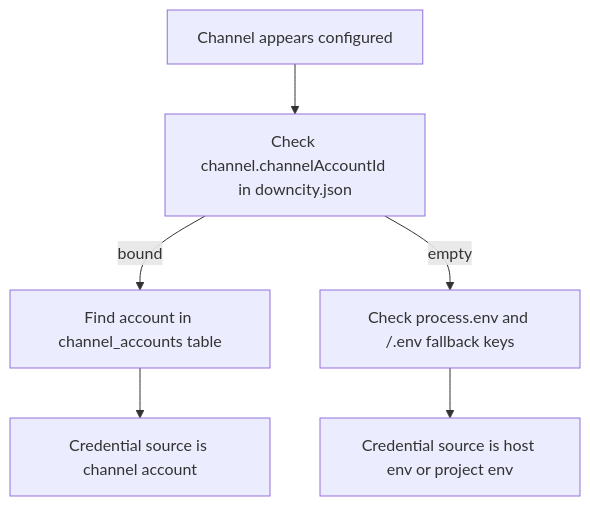
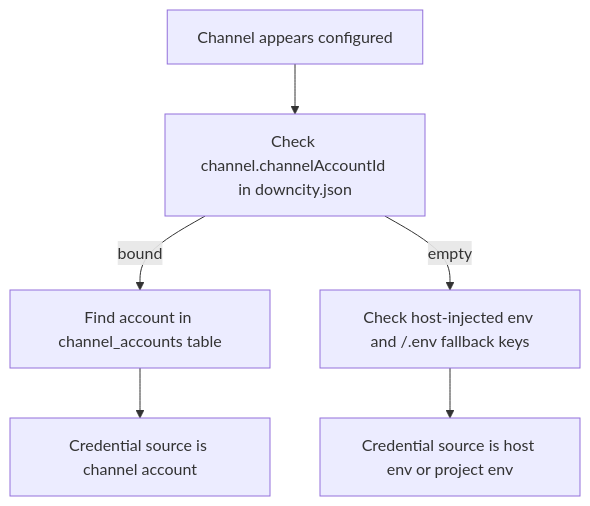
Before and after one commit to wangenius/downcity: the second of 2 diagrams in homepage/content/docs/en/configuration/environment-variables.mdx, drawn with Mermaid. The commit also changed other lines of this file and 34 other files, not shown here.

Commit message:
refactor(env): inject host env and drop config placeholders

````diff
--- a/homepage/content/docs/en/configuration/environment-variables.mdx
+++ b/homepage/content/docs/en/configuration/environment-variables.mdx
@@ -122,8 +118,8 @@
 ```mermaid
 flowchart TD
   A["Channel appears configured"] --> B["Check channel.channelAccountId in downcity.json"]
   B -->|bound| C["Find account in channel_accounts table"]
-  B -->|empty| D["Check process.env and <agent>/.env fallback keys"]
+  B -->|empty| D["Check host-injected env and <agent>/.env fallback keys"]
   C --> E["Credential source is channel account"]
   D --> F["Credential source is host env or project env"]
 ```
````
